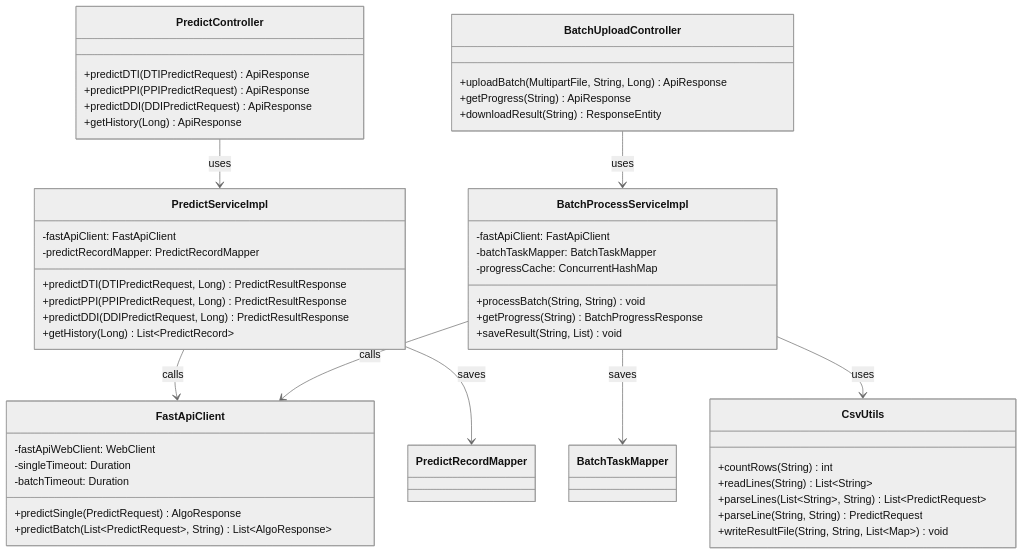
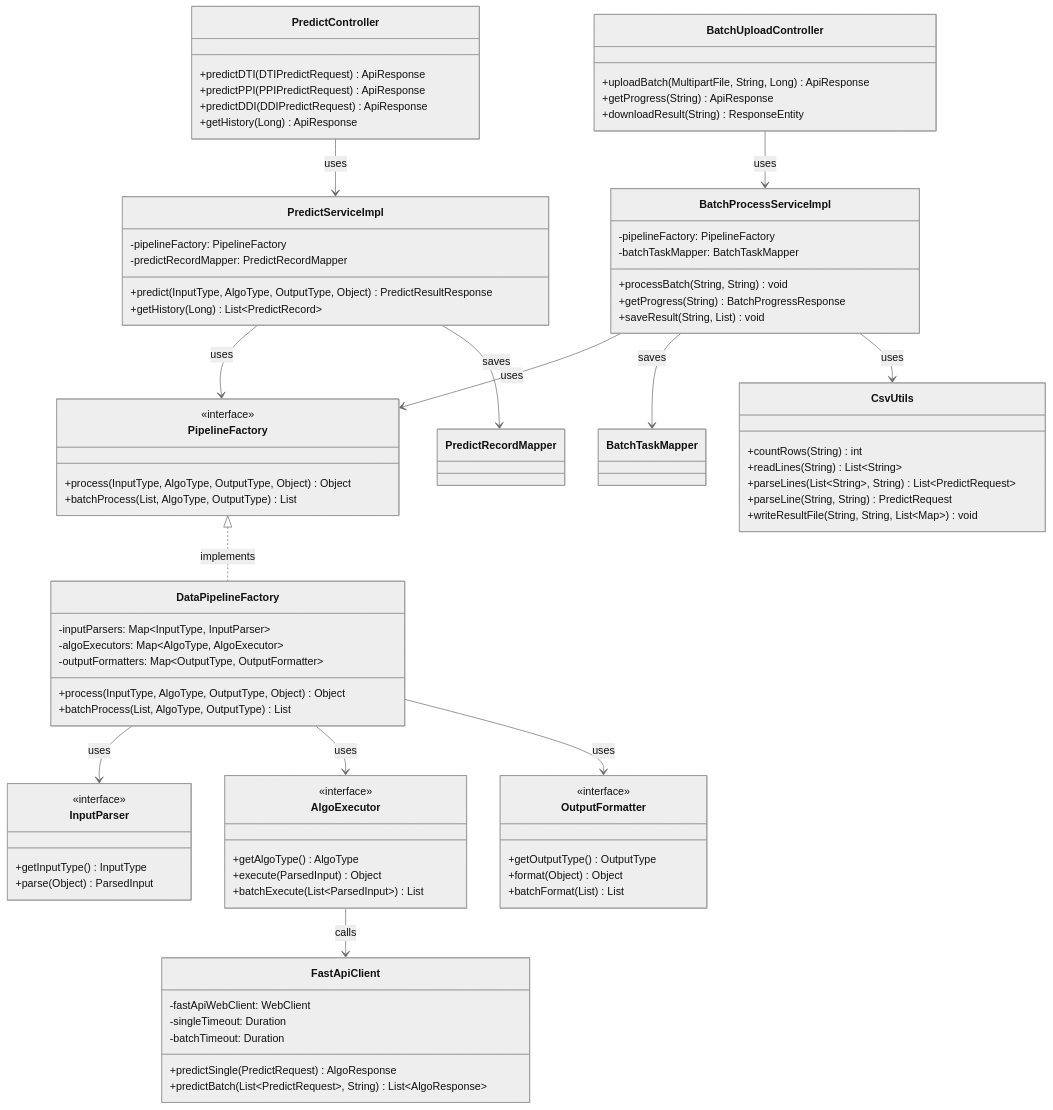
One commit to Ljz4777/SynPharm changed the diagram in docs/modules/predict/AI预测核心模块-SpringBoot后端技术开发文档.md. Above: the diagram before and after it, drawn with Mermaid (neutral theme). The commit also changed other lines of this file and 2 other files, not shown here.

Commit message:
docs: 更新所有文档，添加管道机制和路由匹配说明

````diff
--- a/docs/modules/predict/AI预测核心模块-SpringBoot后端技术开发文档.md
+++ b/docs/modules/predict/AI预测核心模块-SpringBoot后端技术开发文档.md
@@ -168,21 +187,52 @@
     }
 
     class PredictServiceImpl {
-        -fastApiClient: FastApiClient
+        -pipelineFactory: PipelineFactory
         -predictRecordMapper: PredictRecordMapper
-        +predictDTI(DTIPredictRequest, Long) PredictResultResponse
-        +predictPPI(PPIPredictRequest, Long) PredictResultResponse
-        +predictDDI(DDIPredictRequest, Long) PredictResultResponse
+        +predict(InputType, AlgoType, OutputType, Object) PredictResultResponse
         +getHistory(Long) List~PredictRecord~
     }
 
     class BatchProcessServiceImpl {
-        -fastApiClient: FastApiClient
+        -pipelineFactory: PipelineFactory
         -batchTaskMapper: BatchTaskMapper
-        -progressCache: ConcurrentHashMap
         +processBatch(String, String) void
         +getProgress(String) BatchProgressResponse
         +saveResult(String, List) void
+    }
+
+    class PipelineFactory {
+        <<interface>>
+        +process(InputType, AlgoType, OutputType, Object) Object
+        +batchProcess(List, AlgoType, OutputType) List
+    }
+
+    class DataPipelineFactory {
+        -inputParsers: Map~InputType, InputParser~
+        -algoExecutors: Map~AlgoType, AlgoExecutor~
+        -outputFormatters: Map~OutputType, OutputFormatter~
+        +process(InputType, AlgoType, OutputType, Object) Object
+        +batchProcess(List, AlgoType, OutputType) List
+    }
+
+    class InputParser {
+        <<interface>>
+        +getInputType() InputType
+        +parse(Object) ParsedInput
+    }
+
+    class AlgoExecutor {
+        <<interface>>
+        +getAlgoType() AlgoType
+        +execute(ParsedInput) Object
+        +batchExecute(List~ParsedInput~) List
+    }
+
+    class OutputFormatter {
+        <<interface>>
+        +getOutputType() OutputType
+        +format(Object) Object
+        +batchFormat(List) List
     }
 
     class FastApiClient {
@@ -203,9 +253,14 @@
 
     PredictController --> PredictServiceImpl : uses
     BatchUploadController --> BatchProcessServiceImpl : uses
-    PredictServiceImpl --> FastApiClient : calls
+    PredictServiceImpl --> PipelineFactory : uses
     PredictServiceImpl --> PredictRecordMapper : saves
-    BatchProcessServiceImpl --> FastApiClient : calls
+    BatchProcessServiceImpl --> PipelineFactory : uses
     BatchProcessServiceImpl --> BatchTaskMapper : saves
     BatchProcessServiceImpl --> CsvUtils : uses
+    PipelineFactory <|.. DataPipelineFactory : implements
+    DataPipelineFactory --> InputParser : uses
+    DataPipelineFactory --> AlgoExecutor : uses
+    DataPipelineFactory --> OutputFormatter : uses
+    AlgoExecutor --> FastApiClient : calls
 ```
````
